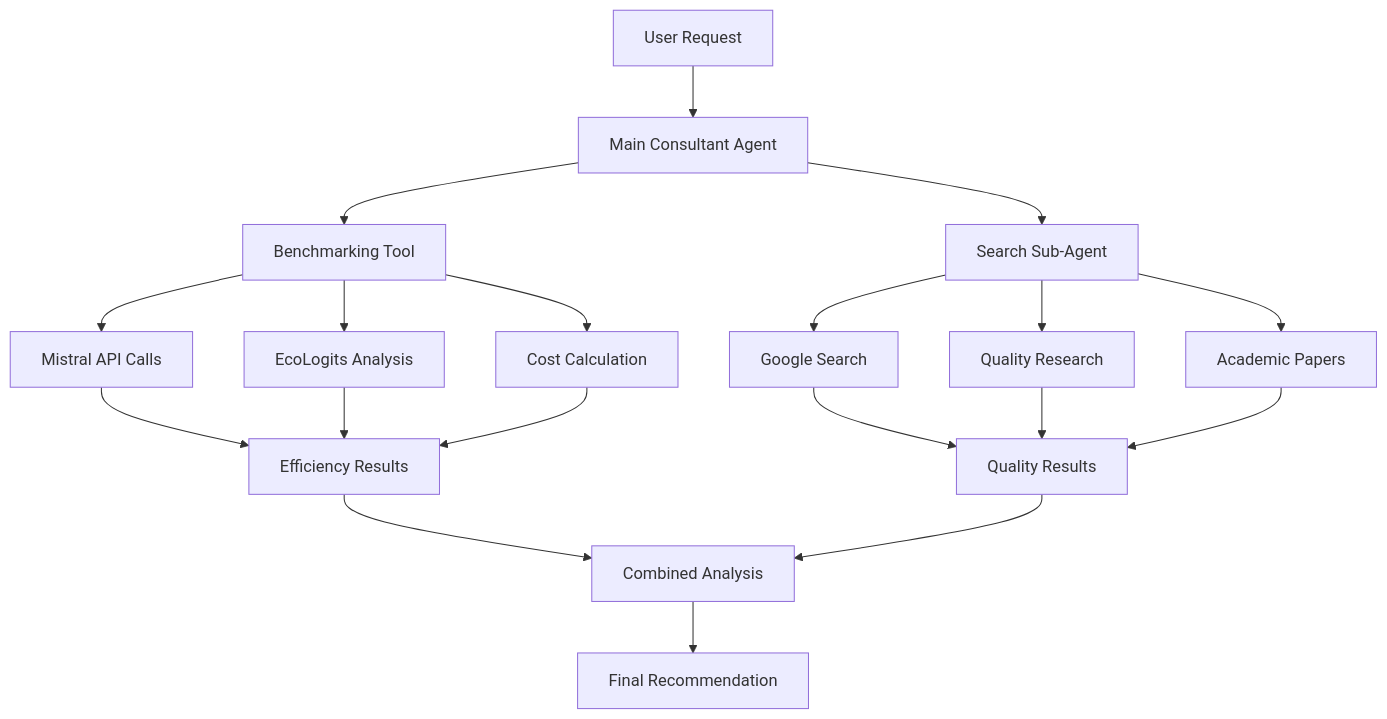
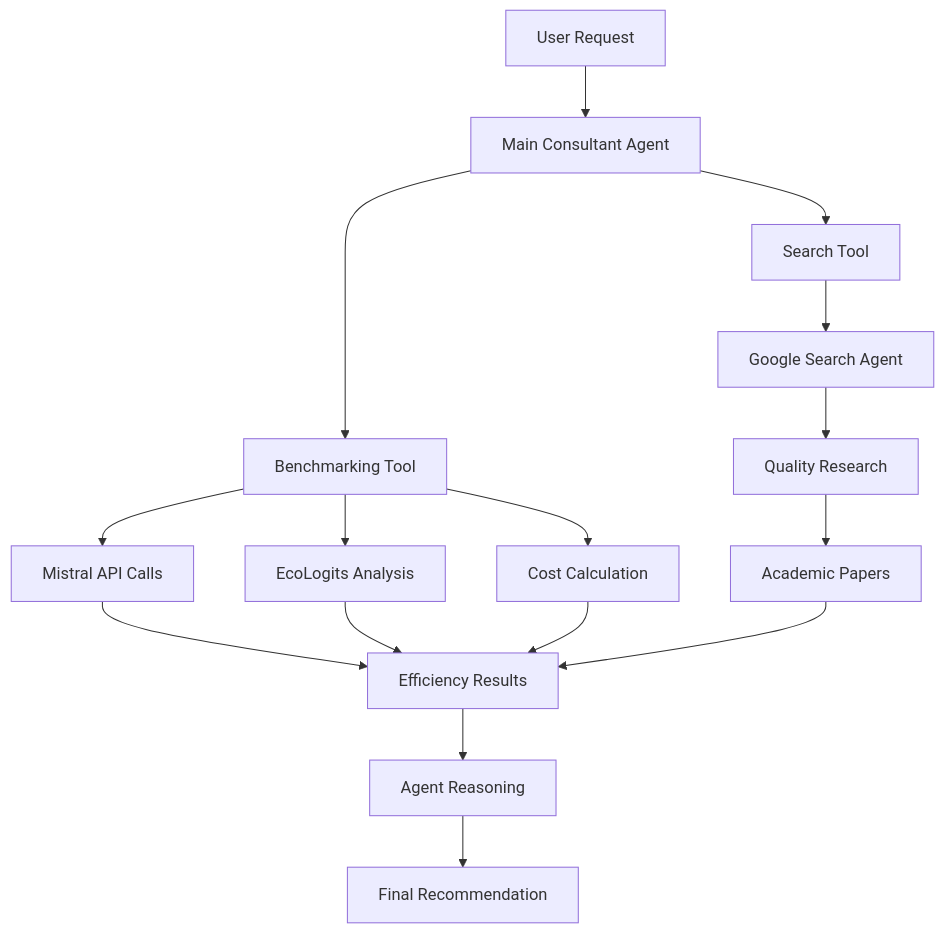
One commit to Abmstpha/Benchmind changed the diagram in README.md. Above: the diagram before and after it, drawn with Mermaid. The commit also changed other lines of this file, not shown here.

Commit message:
fix agent architecture

````diff
--- a/README.md
+++ b/README.md
@@ -156,26 +156,22 @@
 ```mermaid
 flowchart TD
     A[User Request] --> B[Main Consultant Agent]
     B --> C[Benchmarking Tool]
-    B --> D[Search Sub-Agent]
+    B --> D[Search Tool]
     
     C --> E[Mistral API Calls]
     C --> F[EcoLogits Analysis]
     C --> G[Cost Calculation]
     
-    D --> H[Google Search]
-    D --> I[Quality Research]
-    D --> J[Academic Papers]
+    D --> H[Google Search Agent]
+    H --> I[Quality Research]
+    I --> J[Academic Papers]
     
     E --> K[Efficiency Results]
     F --> K
     G --> K
+    J --> K
     
-    H --> L[Quality Results]
-    I --> L
-    J --> L
-    
-    K --> M[Combined Analysis]
-    L --> M
-    M --> N[Final Recommendation]
+    K --> L[Agent Reasoning]
+    L --> M[Final Recommendation]
 ```
````
